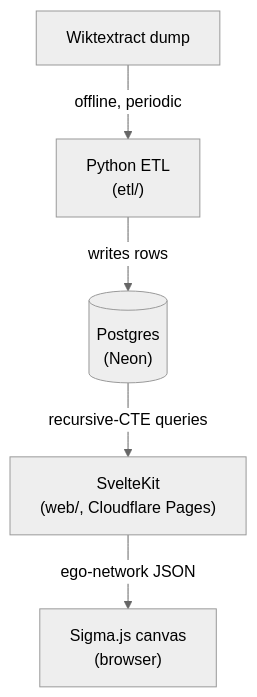
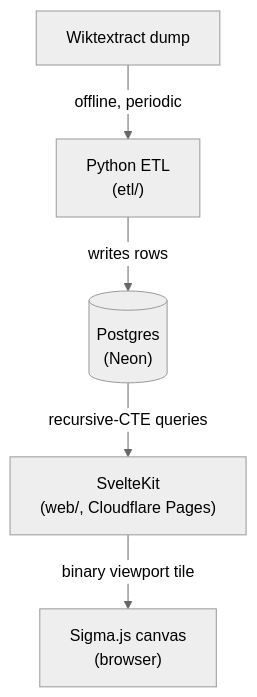
Before and after one commit to van-riper/etymyriad: the diagram in README.md, drawn with Mermaid (neutral theme). The commit also changed other lines of this file and 1 other file, not shown here.

First line of the commit message:
docs: sync status with viewport renderer

````diff
--- a/README.md
+++ b/README.md
@@ -19,7 +22,7 @@
 ```mermaid
 flowchart TD
     dump["Wiktextract dump"] -->|offline, periodic| etl["Python ETL<br/>(etl/)"]
     etl -->|writes rows| db[("Postgres<br/>(Neon)")]
     db -->|recursive-CTE queries| web["SvelteKit<br/>(web/, Cloudflare Pages)"]
-    web -->|ego-network JSON| canvas["Sigma.js canvas<br/>(browser)"]
+    web -->|binary viewport tile| canvas["Sigma.js canvas<br/>(browser)"]
 ```
````
